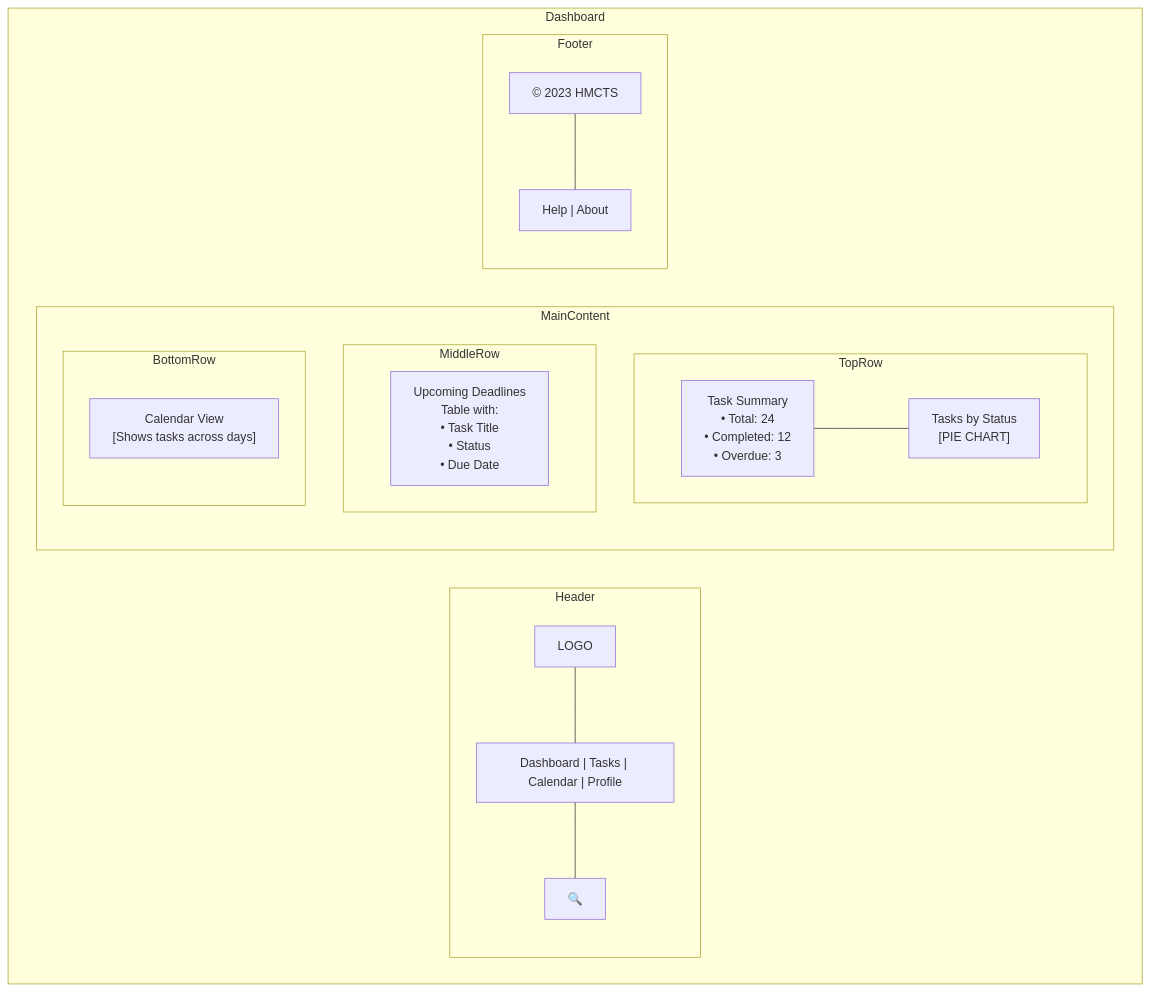
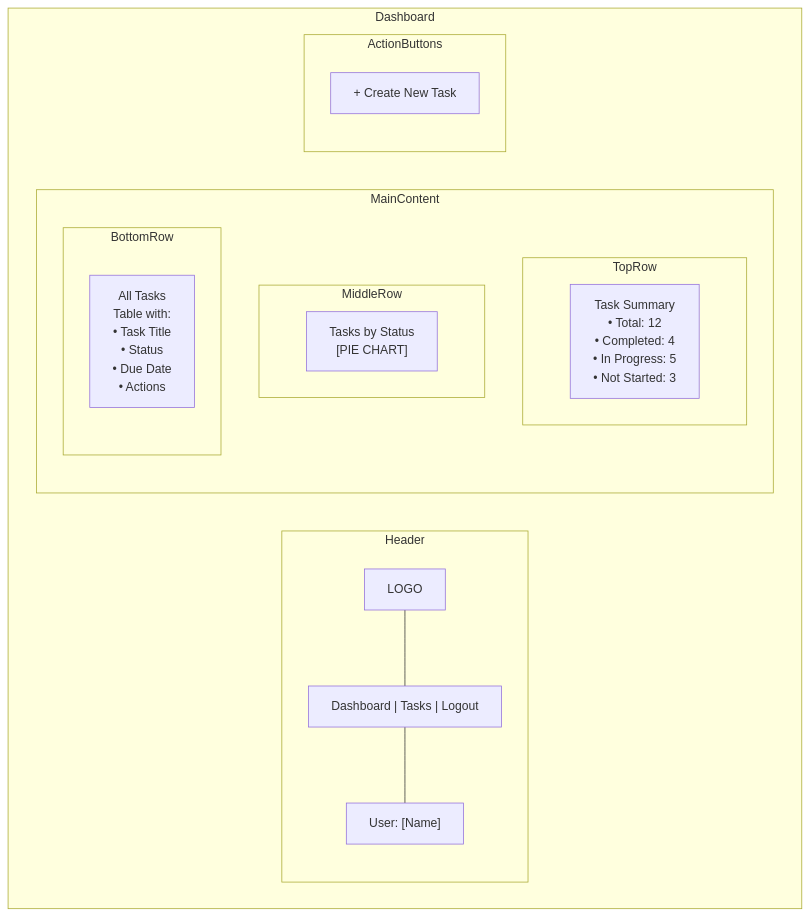
Before and after one commit to f3mi/DTS-developer-challenge: the first of 3 diagrams in docs/wireframes/tms-wireframe-dashboard-v1.md, drawn with Mermaid. The commit also changed other lines of this file and 8 other files, not shown here.

````diff
--- a/docs/wireframes/tms-wireframe-dashboard-v1.md
+++ b/docs/wireframes/tms-wireframe-dashboard-v1.md
@@ -7,27 +7,27 @@
 ```mermaid
 graph TD
     subgraph Dashboard
         subgraph Header
             Logo["LOGO"] --- NavBar
-            NavBar["Dashboard | Tasks | Calendar | Profile"] --- SearchBar["🔍"]
+            NavBar["Dashboard | Tasks | Logout"] --- UserName["User: [Name]"]
         end
         
         subgraph MainContent
             subgraph TopRow
-                TaskSummary["Task Summary<br/>• Total: 24<br/>• Completed: 12<br/>• Overdue: 3"] --- TasksByStatus["Tasks by Status<br/>[PIE CHART]"]
+                TaskSummary["Task Summary<br/>• Total: 12<br/>• Completed: 4<br/>• In Progress: 5<br/>• Not Started: 3"]
             end
             
             subgraph MiddleRow
-                UpcomingDeadlines["Upcoming Deadlines<br/>Table with:<br/>• Task Title<br/>• Status<br/>• Due Date"]
+                TasksByStatus["Tasks by Status<br/>[PIE CHART]"]
             end
             
             subgraph BottomRow
-                Calendar["Calendar View<br/>[Shows tasks across days]"]
+                AllTasks["All Tasks<br/>Table with:<br/>• Task Title<br/>• Status<br/>• Due Date<br/>• Actions"]
             end
         end
         
-        subgraph Footer
-            Copyright["© 2023 HMCTS"] --- HelpLink["Help | About"]
+        subgraph ActionButtons
+            CreateTaskBtn["+ Create New Task"]
         end
     end
 ```
````
